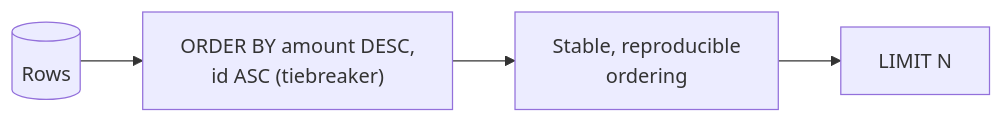
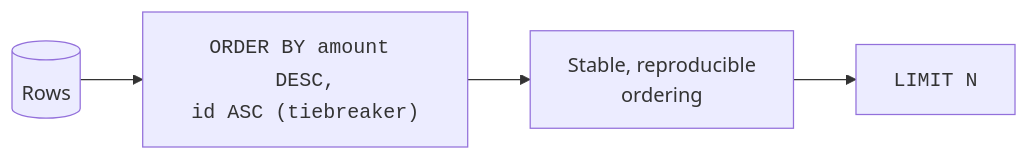
One commit to dataslope/dataslope changed the diagram in content/learn/sql-analytics-duckdb/sorting-and-top-n.mdx. Above: the diagram before and after it, drawn with Mermaid. The commit also changed 56 other files, not shown here.

````diff
--- a/content/learn/sql-analytics-duckdb/sorting-and-top-n.mdx
+++ b/content/learn/sql-analytics-duckdb/sorting-and-top-n.mdx
@@ -117,6 +117,6 @@
 ```mermaid
 flowchart LR
-    R[("Rows")] --> O["ORDER BY amount DESC,<br/>id ASC (tiebreaker)"]
+    R[("Rows")] --> O["<code>ORDER BY amount DESC,<br/>id ASC (tiebreaker)</code>"]
     O --> S["Stable, reproducible<br/>ordering"]
-    S --> L["LIMIT N"]
+    S --> L["<code>LIMIT N</code>"]
 ```
````
